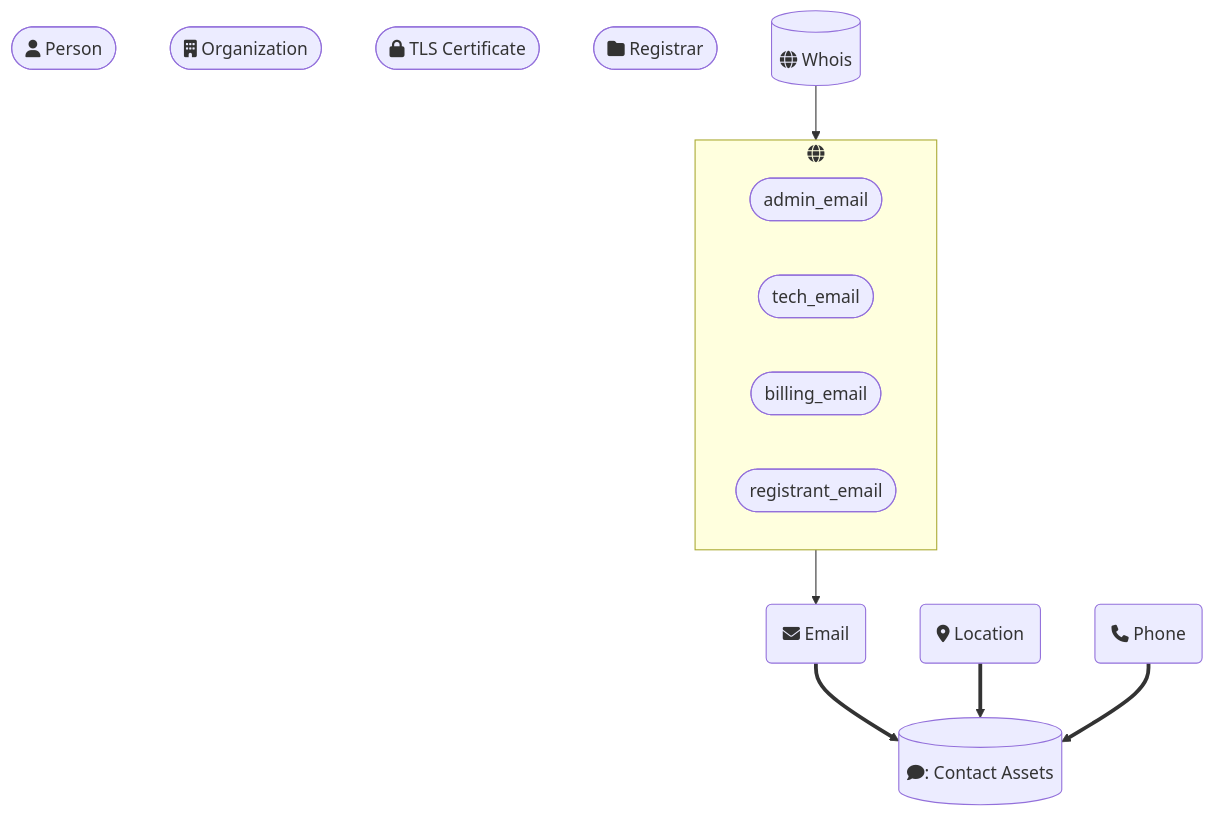
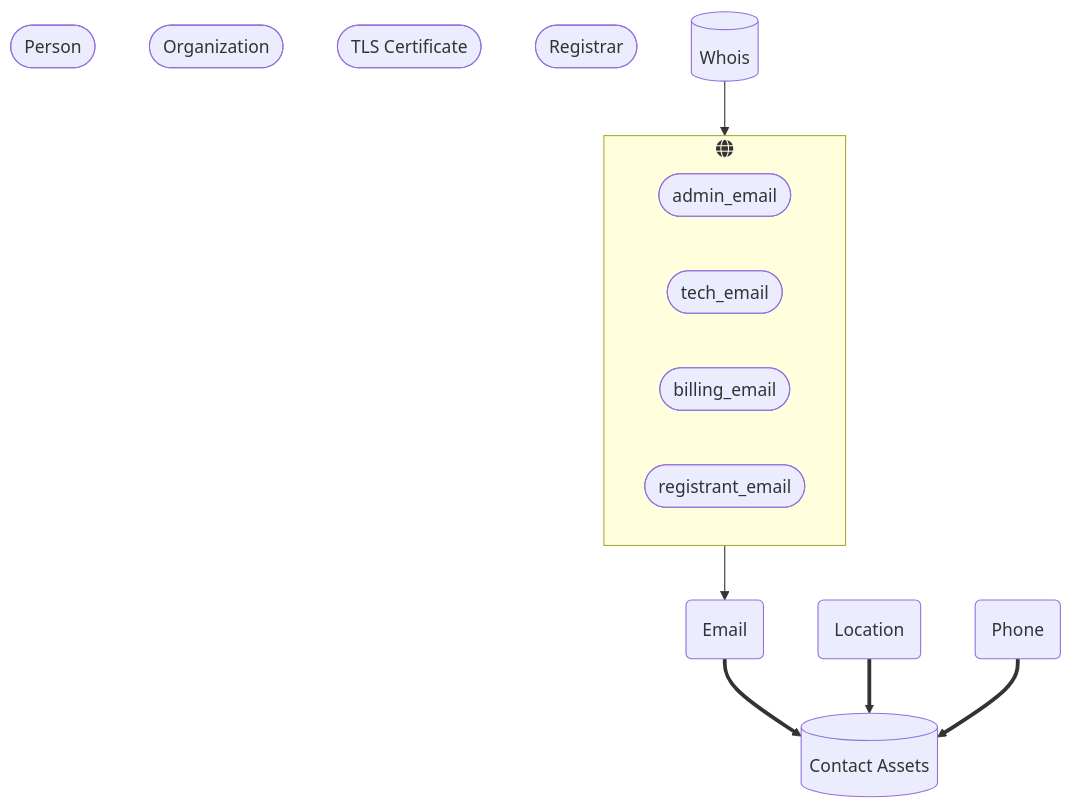
One commit to owasp-amass/docs changed the diagram in docs/open-asset-model/contact.md. Above: the diagram before and after it, drawn with Mermaid.

````diff
--- a/docs/open-asset-model/contact.md
+++ b/docs/open-asset-model/contact.md
@@ -1,30 +1,30 @@
 ``` mermaid
 flowchart TD
-Contact[("fa:fa-comment: Contact Assets")]
+Contact[("Contact Assets")]
 
-Email("fa:fa-envelope Email")
-Location("fa:fa-location-dot Location")
-Phone("fa:fa-phone Phone")
+Email(Email)
+Location(Location)
+Phone(Phone)
 
 Email ==> Contact
 Location ==> Contact
 Phone ==> Contact
 
-Person(["fa:fa-user Person"])
-Organization(["fa:fa-building Organization"])
-TLSCertificate(["fa:fa-lock TLS Certificate"])
-Registrar(["fa:fa-folder Registrar"])
-Whois[("fa:fa-globe Whois")]
+Person([Person])
+Organization([Organization])
+TLSCertificate(["TLS Certificate"])
+Registrar([Registrar])
+Whois[(Whois)]
 
 
  subgraph whoisEmail["fa:fa-globe"]
         direction RL
         adminLocation([admin_email])
         techEmail([tech_email])
         billingEmail([billing_email])
         registrantEmail([registrant_email])
     end
 
 whoisEmail --> Email
 Whois --> whoisEmail
 ```
````
